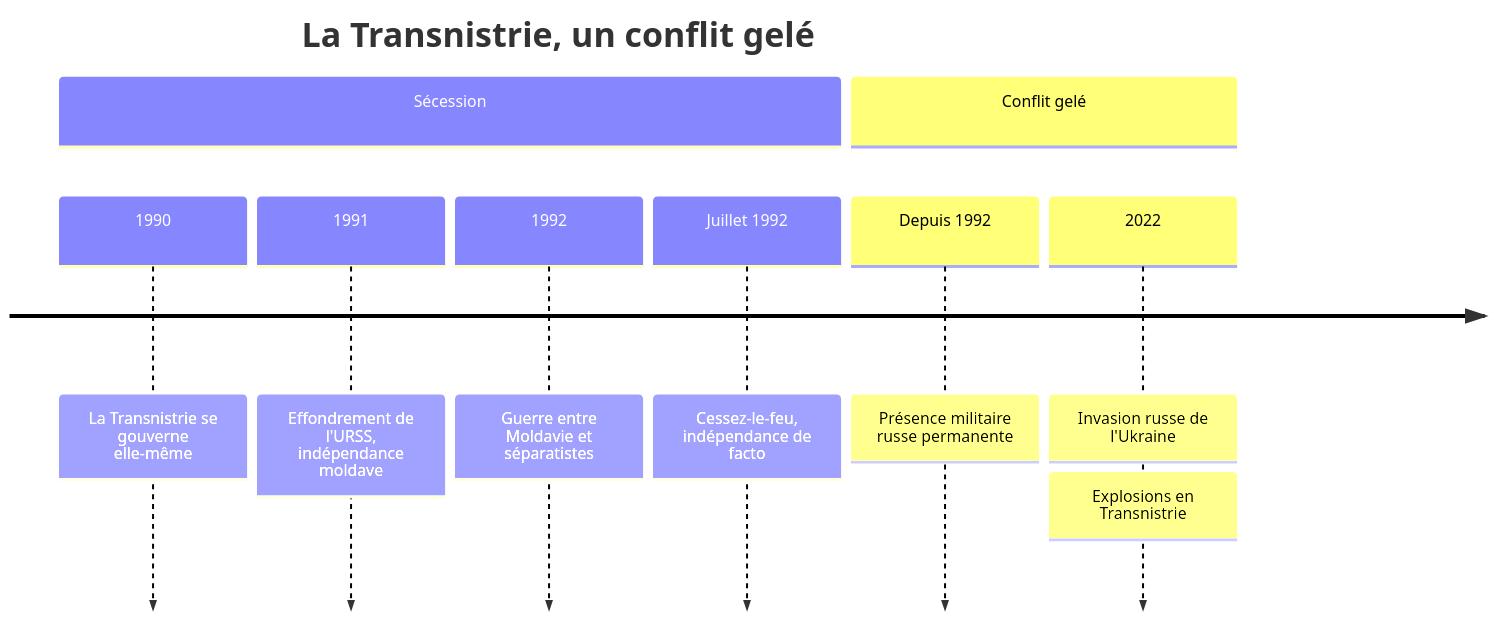
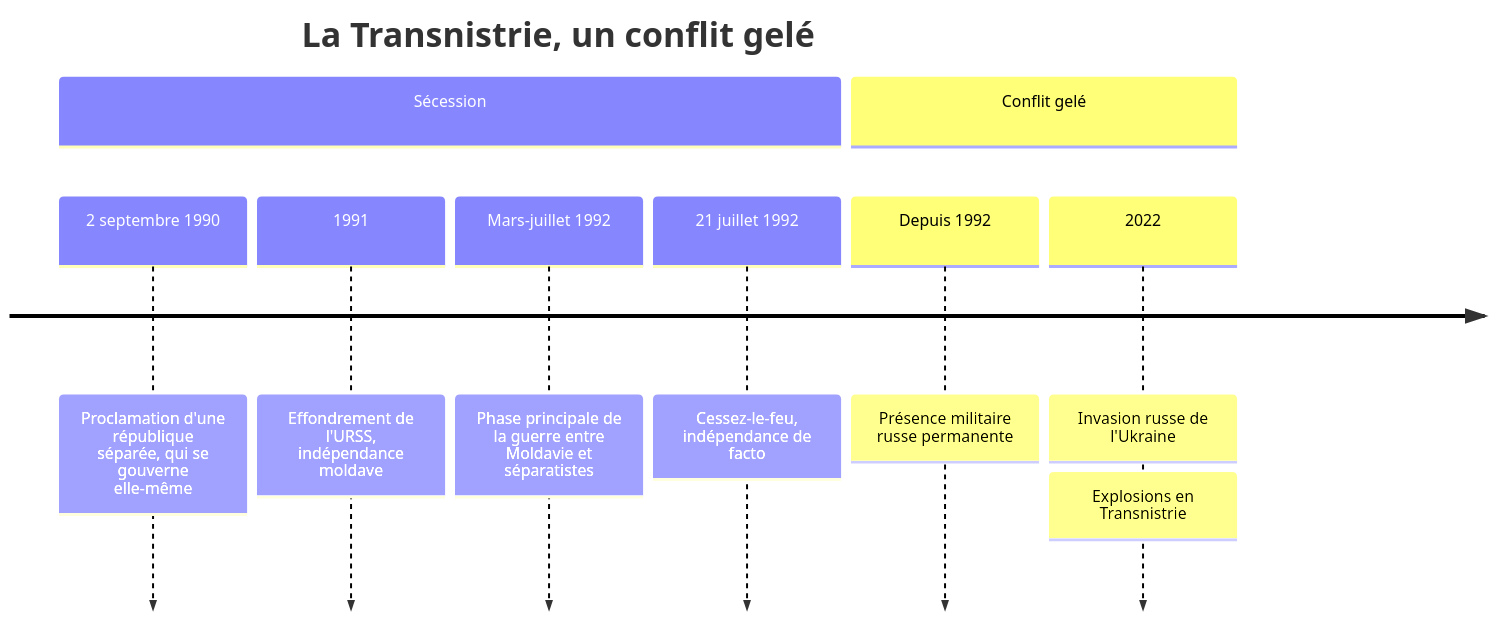
The diagram in Social Sciences/History/Pridnestrovie - Transnistrie.md (rwmicro/pensine), drawn with Mermaid before and after one commit. The commit also changed 9 other files, not shown here.

````diff
--- a/Social Sciences/History/Pridnestrovie - Transnistrie.md
+++ b/Social Sciences/History/Pridnestrovie - Transnistrie.md
@@ -20,12 +20,12 @@
 ```mermaid
 timeline
     title La Transnistrie, un conflit gelé
     section Sécession
-        1990 : La Transnistrie se gouverne elle-même
+        2 septembre 1990 : Proclamation d'une république séparée, qui se gouverne elle-même
         1991 : Effondrement de l'URSS, indépendance moldave
-        1992 : Guerre entre Moldavie et séparatistes
-        Juillet 1992 : Cessez-le-feu, indépendance de facto
+        Mars-juillet 1992 : Phase principale de la guerre entre Moldavie et séparatistes
+        21 juillet 1992 : Cessez-le-feu, indépendance de facto
     section Conflit gelé
         Depuis 1992 : Présence militaire russe permanente
         2022 : Invasion russe de l'Ukraine : Explosions en Transnistrie
 ```
````
